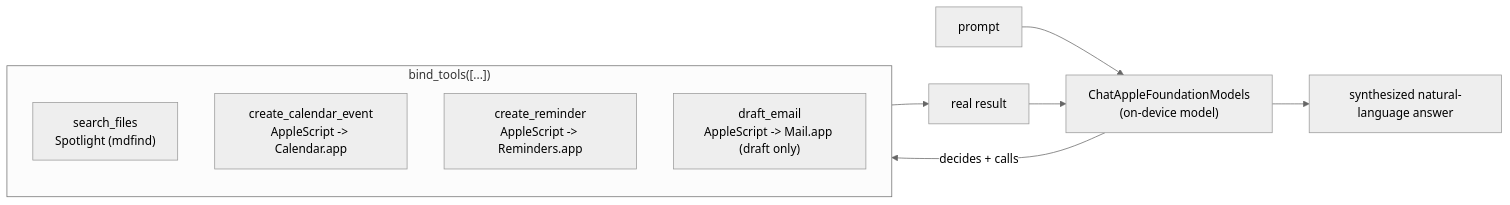
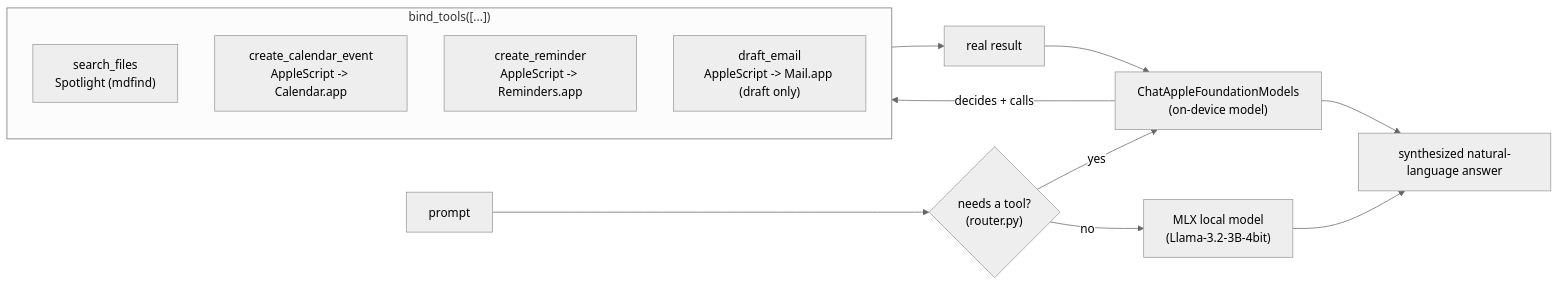
Before and after one commit to rajanshxrma/private-agent: the diagram in README.md, drawn with Mermaid (neutral theme). The commit also changed other lines of this file and 8 other files, not shown here.

Commit message:
added on-device/MLX router, fixed date-drift bug found by a 63-trial eval, added social preview image

````diff
--- a/README.md
+++ b/README.md
@@ -37,17 +37,21 @@
 ```mermaid
 flowchart LR
-    Prompt["prompt"] --> LLM["ChatAppleFoundationModels<br/>(on-device model)"]
+    Prompt["prompt"] --> Router{"needs a tool?<br/>(router.py)"}
+    Router -->|"yes"| LLM["ChatAppleFoundationModels<br/>(on-device model)"]
+    Router -->|"no"| MLX["MLX local model<br/>(Llama-3.2-3B-4bit)"]
+
     LLM -->|"decides + calls"| Tools
 
     subgraph Tools["bind_tools([...])"]
         direction TB
         T1["search_files<br/>Spotlight (mdfind)"]
         T2["create_calendar_event<br/>AppleScript -> Calendar.app"]
         T3["create_reminder<br/>AppleScript -> Reminders.app"]
         T4["draft_email<br/>AppleScript -> Mail.app (draft only)"]
     end
 
     Tools --> Result["real result"]
     Result --> LLM
     LLM --> Answer["synthesized natural-language answer"]
+    MLX --> Answer
 ```
````
